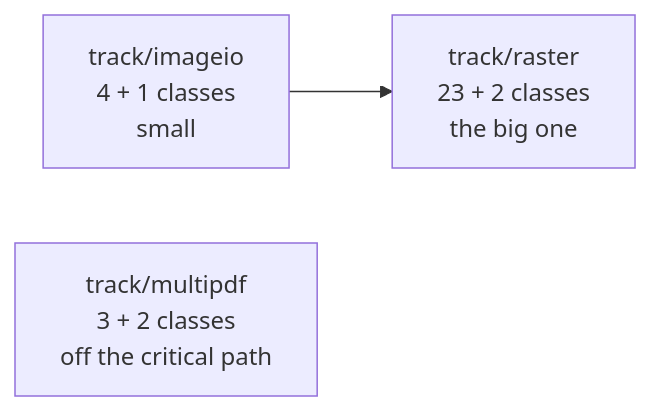
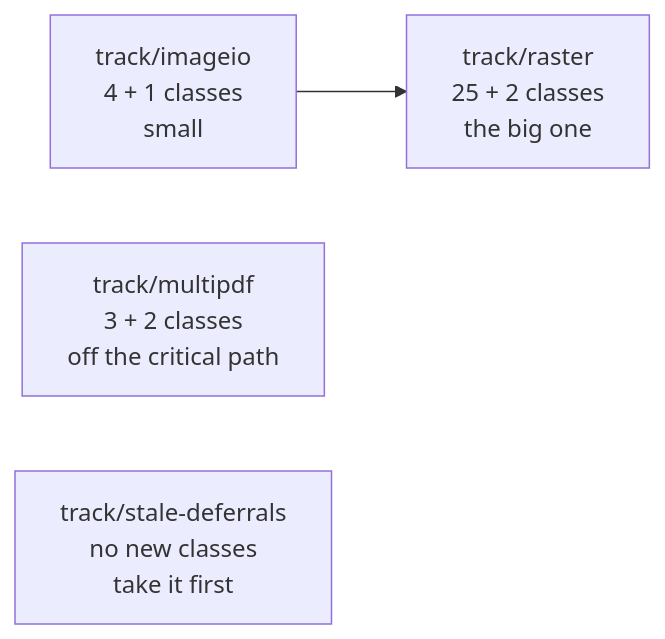
The second of 2 diagrams in go/migration/BRANCHING.md (shinguakira/pdfbox-go), drawn with Mermaid before and after one commit. The commit also changed other lines of this file and 5 other files, not shown here.

````diff
--- a/go/migration/BRANCHING.md
+++ b/go/migration/BRANCHING.md
@@ -209,5 +215,6 @@
 ```mermaid
 graph LR
-  TI["track/imageio<br/>4 + 1 classes<br/>small"] --> TR["track/raster<br/>23 + 2 classes<br/>the big one"]
+  TI["track/imageio<br/>4 + 1 classes<br/>small"] --> TR["track/raster<br/>25 + 2 classes<br/>the big one"]
   TM["track/multipdf<br/>3 + 2 classes<br/>off the critical path"]
+  TD["track/stale-deferrals<br/>no new classes<br/>take it first"]
 ```
````
